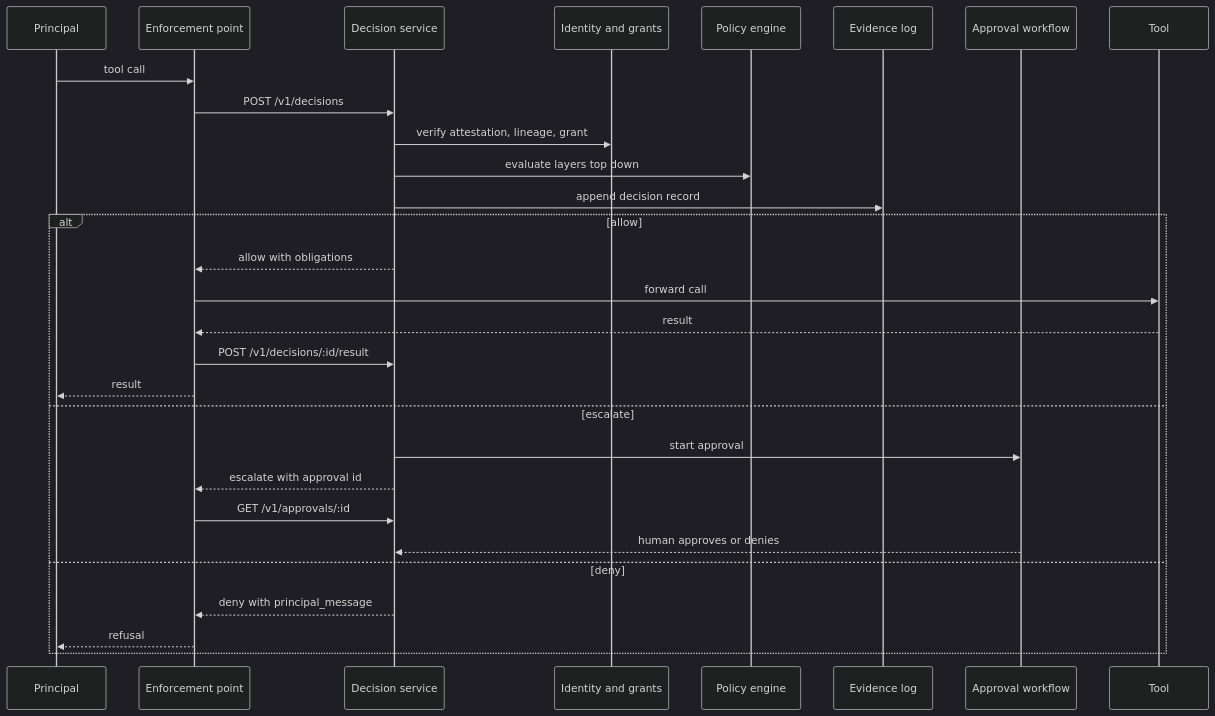
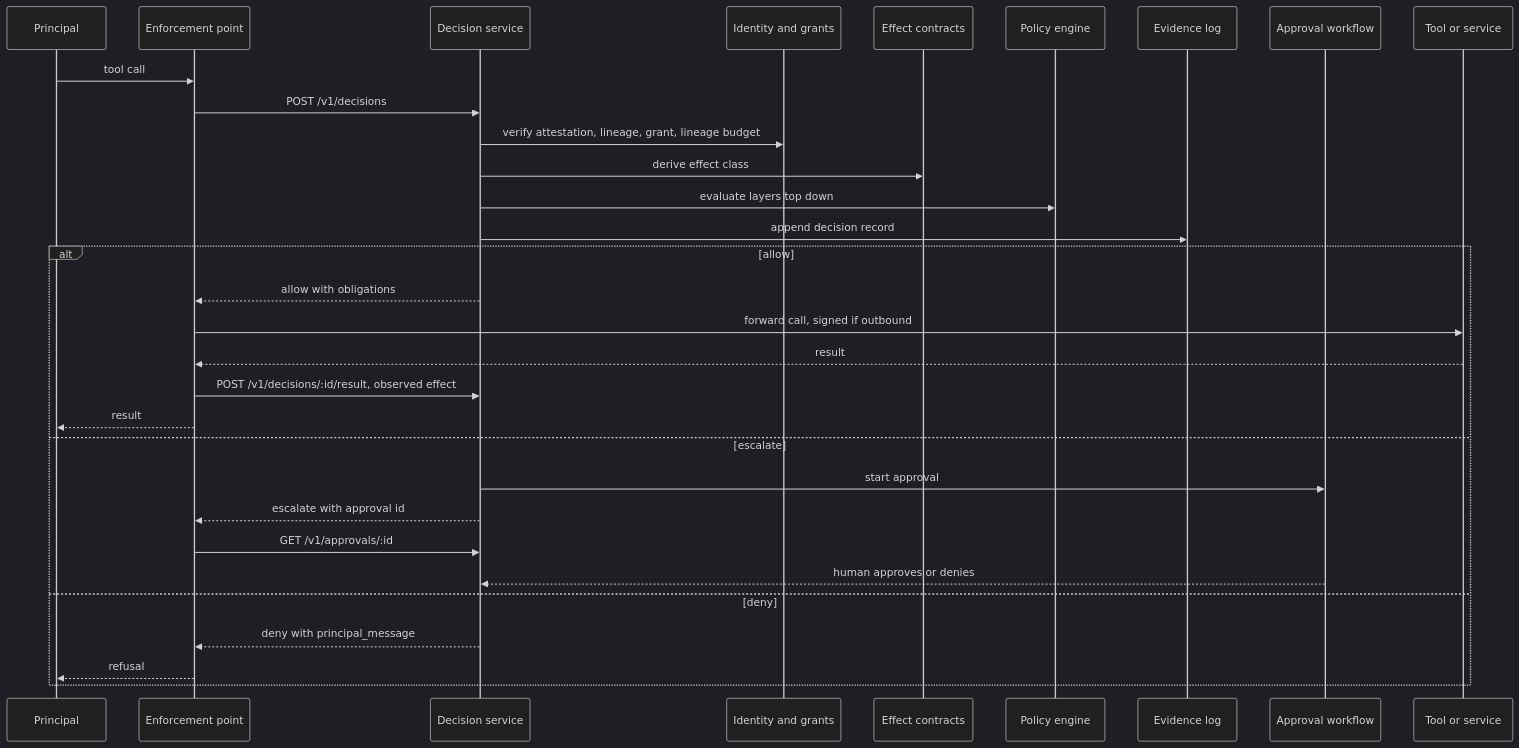
The tenth of 12 diagrams in proposal/technical-implementation.md (21st-century-pluribus/intelligent-systems-charter), drawn with Mermaid (dark theme) before and after one commit. The commit also changed other lines of this file and 4 other files, not shown here.

First line of the commit message:
Proposal 0.2: effects, attestation, outbound identity, oversight, collective action, evidence transparency, containment testing

````diff
--- a/proposal/technical-implementation.md
+++ b/proposal/technical-implementation.md
@@ -349,31 +707,33 @@
 ```mermaid
 sequenceDiagram
   participant P as Principal
   participant G as Enforcement point
   participant D as Decision service
   participant I as Identity and grants
+  participant C as Effect contracts
   participant E as Policy engine
   participant L as Evidence log
   participant A as Approval workflow
-  participant T as Tool
+  participant T as Tool or service
   P->>G: tool call
   G->>D: POST /v1/decisions
-  D->>I: verify attestation, lineage, grant
+  D->>I: verify attestation, lineage, grant, lineage budget
+  D->>C: derive effect class
   D->>E: evaluate layers top down
   D->>L: append decision record
   alt allow
     D-->>G: allow with obligations
-    G->>T: forward call
+    G->>T: forward call, signed if outbound
     T-->>G: result
-    G->>D: POST /v1/decisions/:id/result
+    G->>D: POST /v1/decisions/:id/result, observed effect
     G-->>P: result
   else escalate
     D->>A: start approval
     D-->>G: escalate with approval id
     G->>D: GET /v1/approvals/:id
     A-->>D: human approves or denies
   else deny
     D-->>G: deny with principal_message
     G-->>P: refusal
   end
 ```
````
